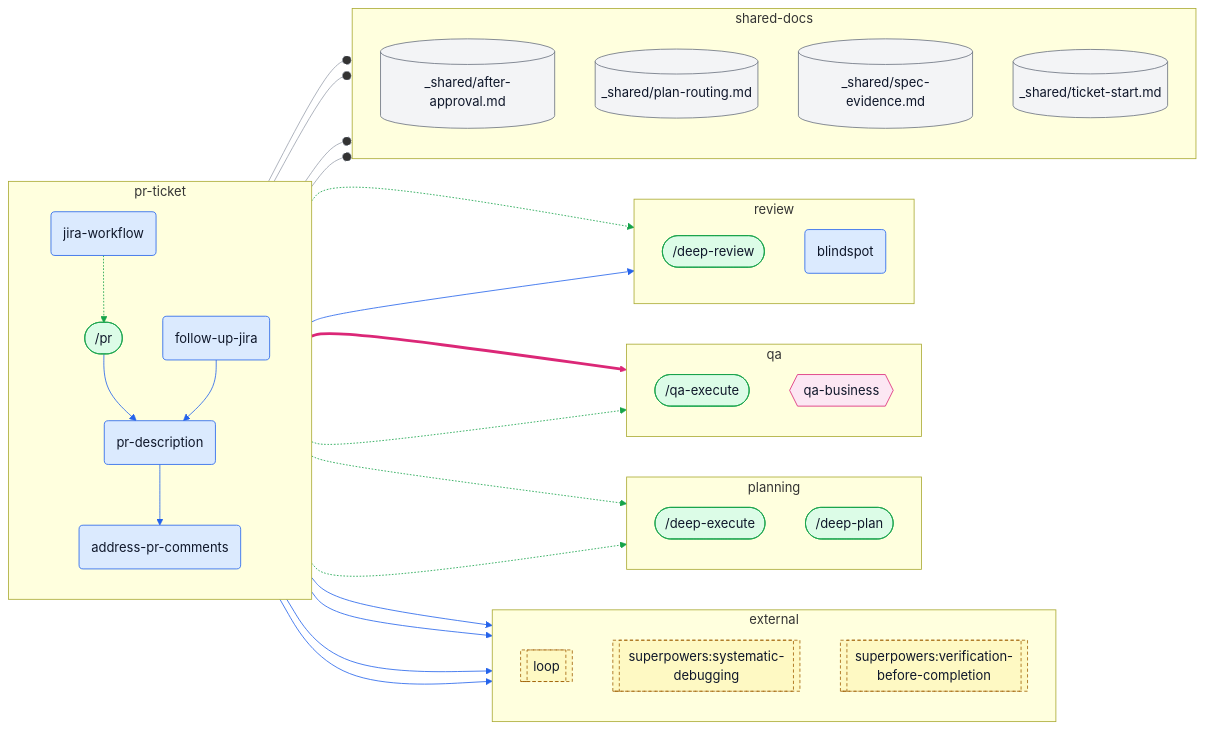
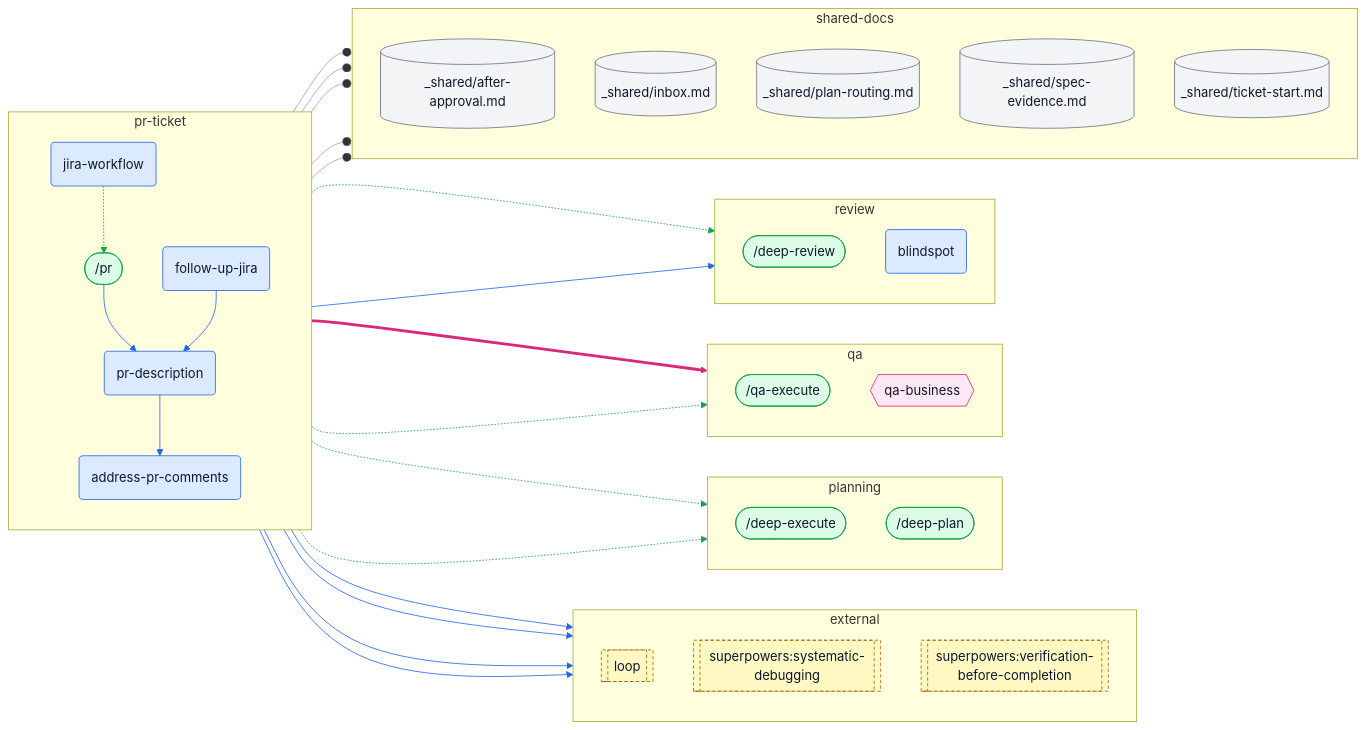
One commit to ybarsotti/dotfiles changed the fifth of 10 diagrams in docs/skills-map.md. Above: the diagram before and after it, drawn with Mermaid. The commit also changed other lines of this file and 5 other files, not shown here.

```diff
--- a/docs/skills-map.md
+++ b/docs/skills-map.md
@@ -467,6 +470,7 @@
   subgraph cl_shared_docs["shared-docs"]
     direction TB
     d_after_approval[("_shared/after-approval.md")]:::shared
+    d_inbox[("_shared/inbox.md")]:::shared
     d_plan_routing[("_shared/plan-routing.md")]:::shared
     d_spec_evidence[("_shared/spec-evidence.md")]:::shared
     d_ticket_start[("_shared/ticket-start.md")]:::shared
@@ -484,6 +488,7 @@
   s_jira_workflow --> x_superpowers_verification_before_completion
   s_pr_description ==> a_qa_business
   s_pr_description -.-> c_qa_execute
+  s_pr_description --o d_inbox
   s_pr_description --o d_spec_evidence
   s_pr_description --> s_address_pr_comments
   s_pr_description --> s_blindspot
@@ -503,10 +508,11 @@
   linkStyle 11 stroke:#db2777
   linkStyle 12 stroke:#16a34a
   linkStyle 13 stroke:#9ca3af
-  linkStyle 14 stroke:#2563eb
+  linkStyle 14 stroke:#9ca3af
   linkStyle 15 stroke:#2563eb
   linkStyle 16 stroke:#2563eb
   linkStyle 17 stroke:#2563eb
+  linkStyle 18 stroke:#2563eb
   classDef skill fill:#dbeafe,stroke:#2563eb,color:#0f172a
   classDef command fill:#dcfce7,stroke:#16a34a,color:#0f172a
   classDef agent fill:#fce7f3,stroke:#db2777,color:#0f172a
```
